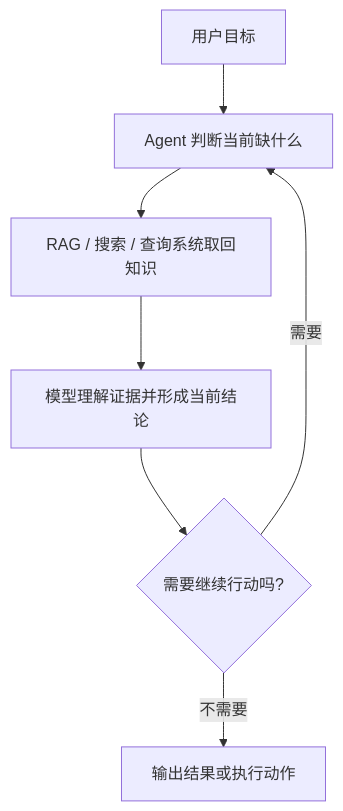
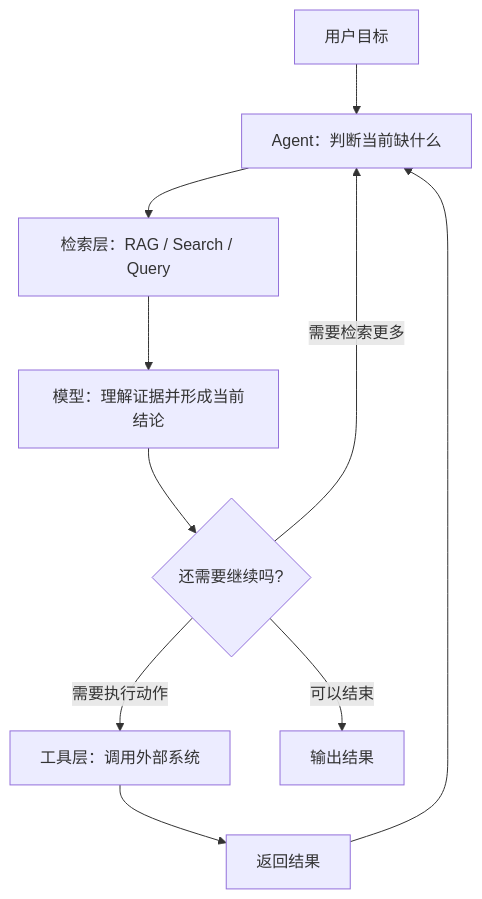
Before and after one commit to qxq1997/learning_stuff: the diagram in AI Agent/06_RAG 与 Agent：知识获取、推理与执行怎么配合.md, drawn with Mermaid. The commit also changed other lines of this file and 6 other files, not shown here.

````diff
--- a/AI Agent/06_RAG 与 Agent：知识获取、推理与执行怎么配合.md
+++ b/AI Agent/06_RAG 与 Agent：知识获取、推理与执行怎么配合.md
@@ -206,9 +343,12 @@
 ```mermaid
 flowchart TD
-    A["用户目标"] --> B["Agent 判断当前缺什么"]
-    B --> C["RAG / 搜索 / 查询系统取回知识"]
-    C --> D["模型理解证据并形成当前结论"]
-    D --> E{"需要继续行动吗?"}
-    E -- "需要" --> B
-    E -- "不需要" --> F["输出结果或执行动作"]
+    A["用户目标"] --> B["Agent：判断当前缺什么"]
+    B --> C["检索层：RAG / Search / Query"]
+    C --> D["模型：理解证据并形成当前结论"]
+    D --> E{"还需要继续吗?"}
+    E -- "需要检索更多" --> B
+    E -- "需要执行动作" --> F["工具层：调用外部系统"]
+    F --> G["返回结果"]
+    G --> B
+    E -- "可以结束" --> H["输出结果"]
 ```
````
